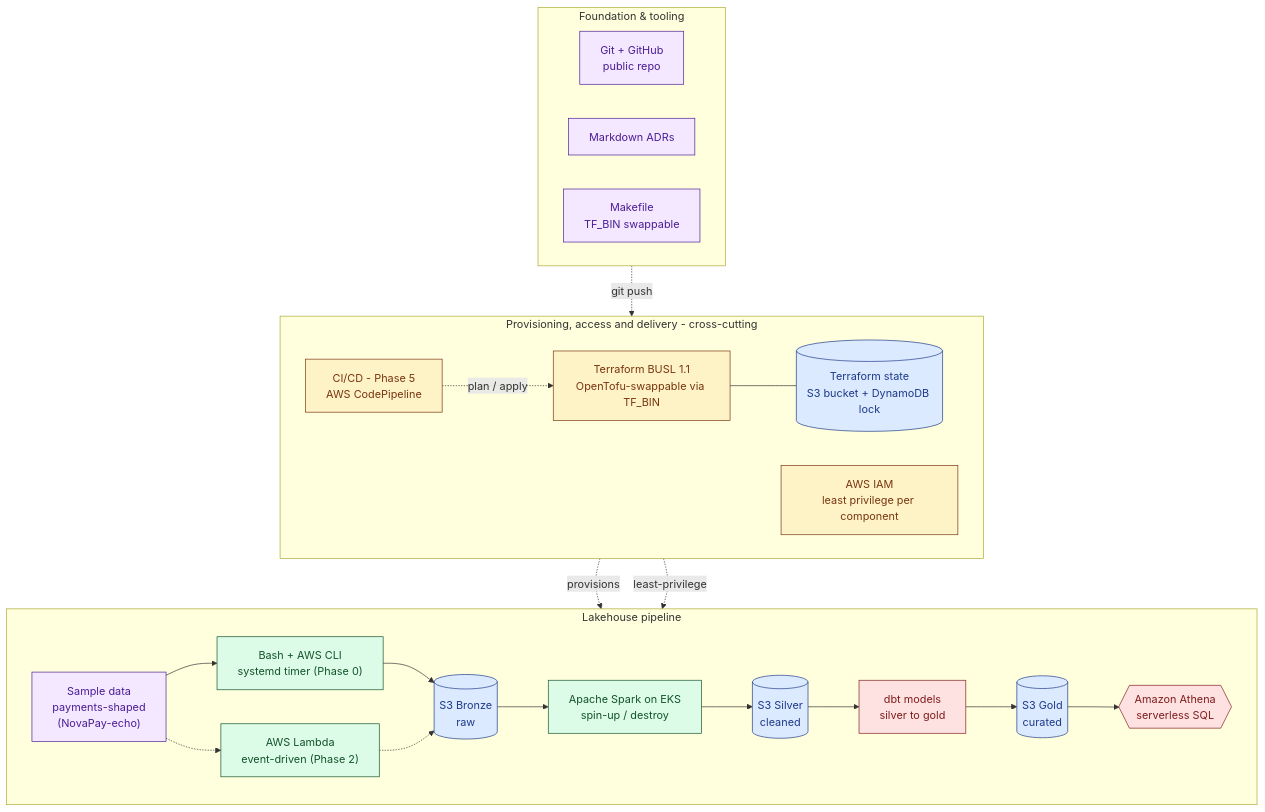
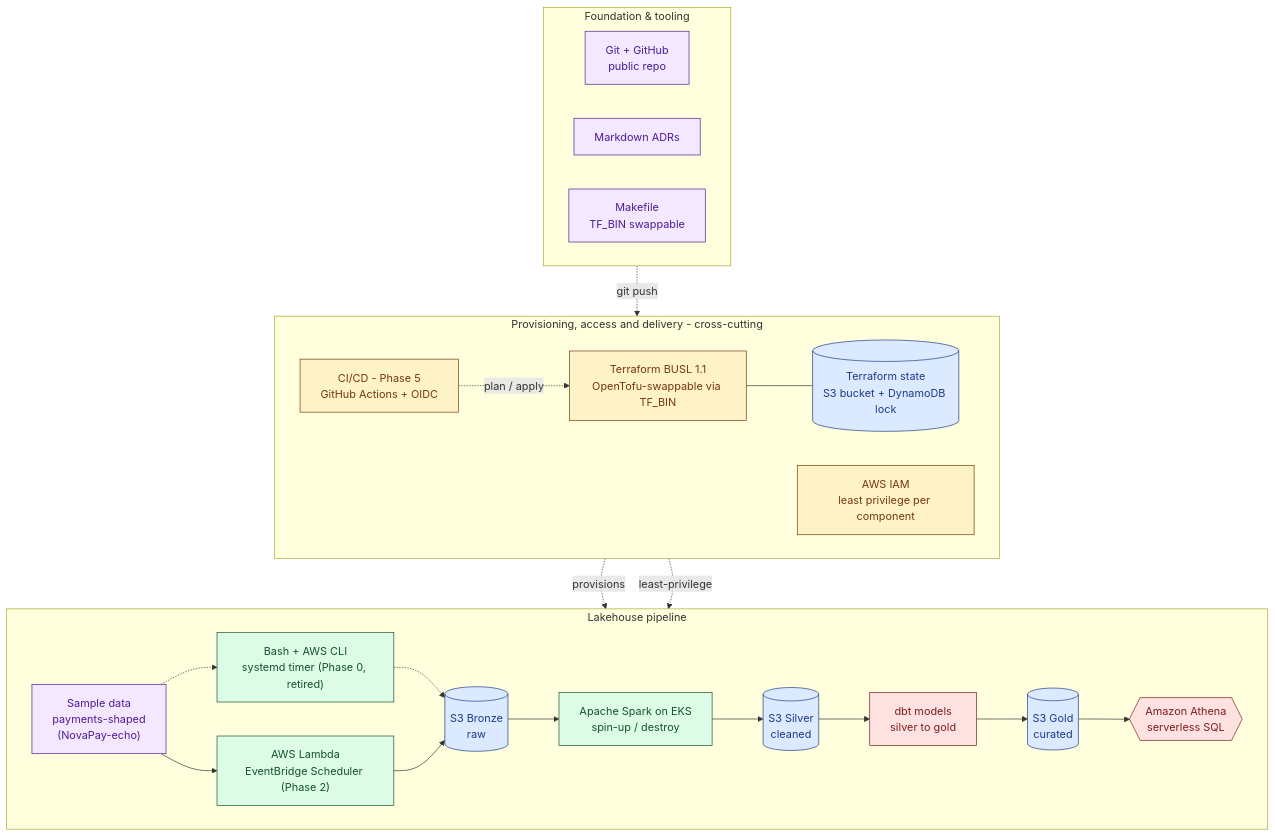
One commit to ChiragVenkateshaiah/cerberus-platform changed the second of 2 diagrams in docs/architecture.md. Above: the diagram before and after it, drawn with Mermaid. The commit also changed other lines of this file and 2 other files, not shown here.

First line of the commit message:
Docs: GitHub Actions for CI/CD, the systemd timer as retired

````diff
--- a/docs/architecture.md
+++ b/docs/architecture.md
@@ -147,53 +154,53 @@
 ```mermaid
 flowchart TB
     subgraph FOUND["Foundation & tooling"]
         direction LR
         GIT["Git + GitHub<br/>public repo"]
         ADR["Markdown ADRs"]
         MK["Makefile<br/>TF_BIN swappable"]
     end
 
     subgraph PIPE["Lakehouse pipeline"]
         direction LR
         SAMPLE["Sample data<br/>payments-shaped<br/>(NovaPay-echo)"]
-        ING1["Bash + AWS CLI<br/>systemd timer (Phase 0)"]
-        ING2["AWS Lambda<br/>event-driven (Phase 2)"]
+        ING1["Bash + AWS CLI<br/>systemd timer (Phase 0, retired)"]
+        ING2["AWS Lambda<br/>EventBridge Scheduler (Phase 2)"]
         BRZ[("S3 Bronze<br/>raw")]
         SPARK["Apache Spark on EKS<br/>spin-up / destroy"]
         SLV[("S3 Silver<br/>cleaned")]
         DBT["dbt models<br/>silver to gold"]
         GLD[("S3 Gold<br/>curated")]
         ATH{{"Amazon Athena<br/>serverless SQL"}}
 
-        SAMPLE --> ING1 --> BRZ
-        SAMPLE -.-> ING2 -.-> BRZ
+        SAMPLE -.-> ING1 -.-> BRZ
+        SAMPLE --> ING2 --> BRZ
         BRZ --> SPARK --> SLV --> DBT --> GLD --> ATH
     end
 
     subgraph GOV["Provisioning, access and delivery - cross-cutting"]
         direction LR
         TF["Terraform BUSL 1.1<br/>OpenTofu-swappable via TF_BIN"]
         TFSTATE[("Terraform state<br/>S3 bucket + DynamoDB lock")]
         IAM["AWS IAM<br/>least privilege per component"]
-        CICD["CI/CD - Phase 5<br/>AWS CodePipeline"]
+        CICD["CI/CD - Phase 5<br/>GitHub Actions + OIDC"]
         TF --- TFSTATE
         CICD -. plan / apply .-> TF
     end
 
     GIT -. git push .-> CICD
     TF -. provisions .-> PIPE
     IAM -. least-privilege .-> PIPE
 
     classDef storage fill:#dbeafe,stroke:#1e3a8a,color:#1e3a8a
     classDef compute fill:#dcfce7,stroke:#14532d,color:#14532d
     classDef provisioning fill:#fef3c7,stroke:#78350f,color:#78350f
     classDef tooling fill:#f3e8ff,stroke:#4c1d95,color:#4c1d95
     classDef query fill:#fee2e2,stroke:#7f1d1d,color:#7f1d1d
 
     class BRZ,SLV,GLD,TFSTATE storage
     class SPARK,ING1,ING2 compute
     class TF,IAM,CICD provisioning
     class GIT,ADR,MK tooling
     class DBT,ATH query
     class SAMPLE tooling
 ```
````
